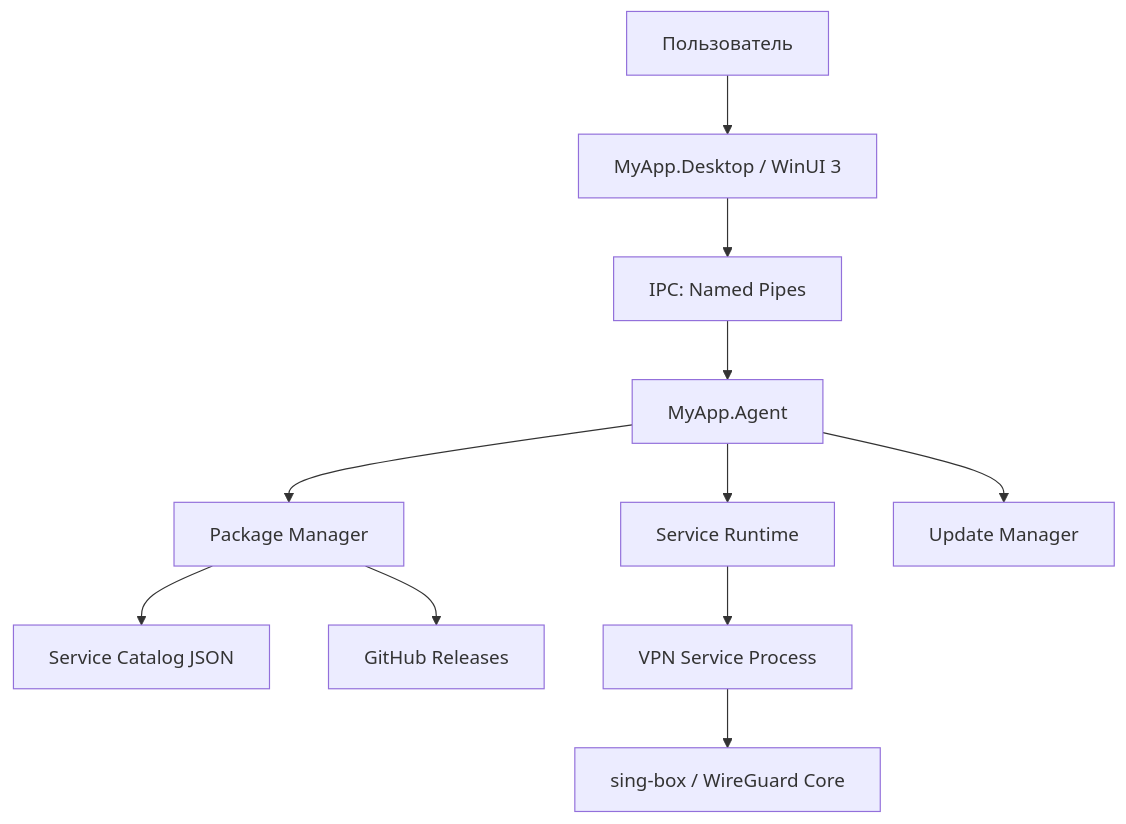
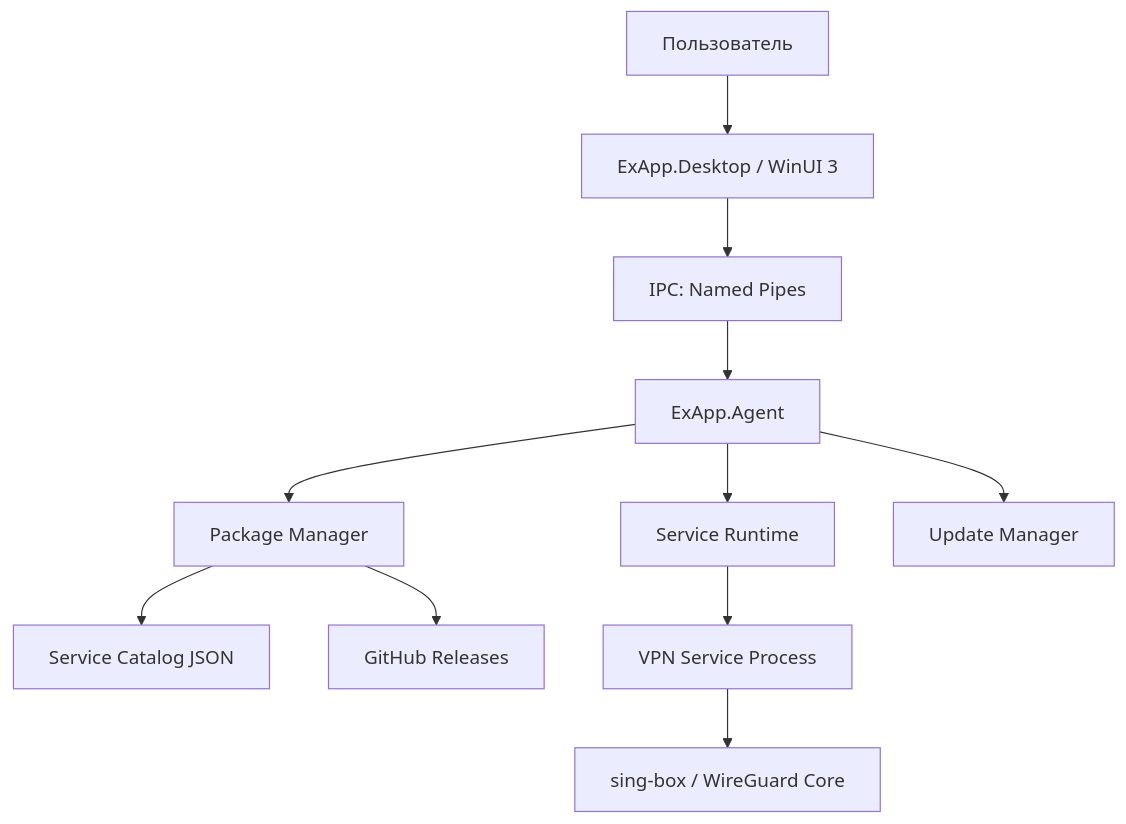
Before and after one commit to Extectick/ExApp: the diagram in docs/02_ARCHITECTURE.md, drawn with Mermaid. The commit also changed other lines of this file and 216 other files, not shown here.

````diff
--- a/docs/02_ARCHITECTURE.md
+++ b/docs/02_ARCHITECTURE.md
@@ -5,13 +5,13 @@
 ```mermaid
 flowchart TD
-    User[Пользователь] --> Desktop[MyApp.Desktop / WinUI 3]
+    User[Пользователь] --> Desktop[ExApp.Desktop / WinUI 3]
     Desktop --> IPC1[IPC: Named Pipes]
-    IPC1 --> Agent[MyApp.Agent]
+    IPC1 --> Agent[ExApp.Agent]
     Agent --> PackageManager[Package Manager]
     Agent --> ServiceRuntime[Service Runtime]
     Agent --> UpdateManager[Update Manager]
     PackageManager --> Catalog[Service Catalog JSON]
     PackageManager --> Releases[GitHub Releases]
     ServiceRuntime --> VpnService[VPN Service Process]
     VpnService --> VpnCore[sing-box / WireGuard Core]
 ```
````
